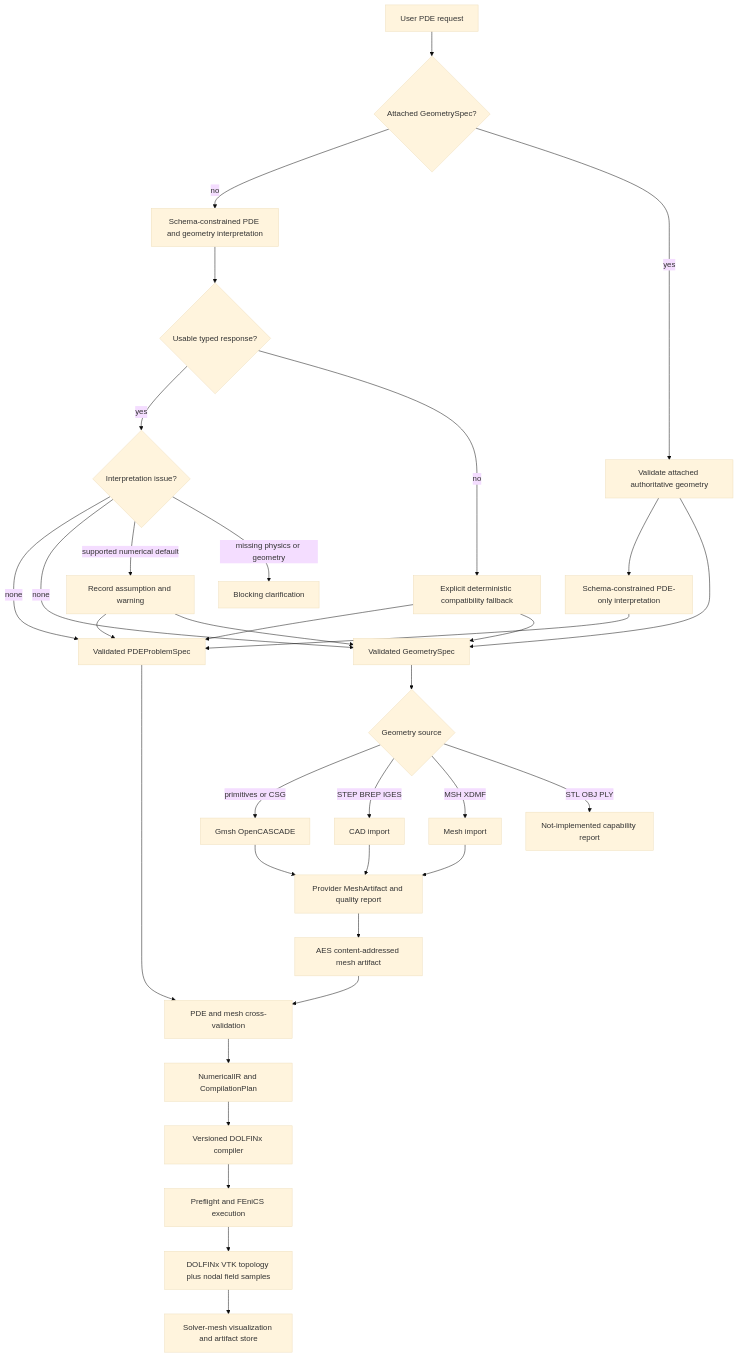
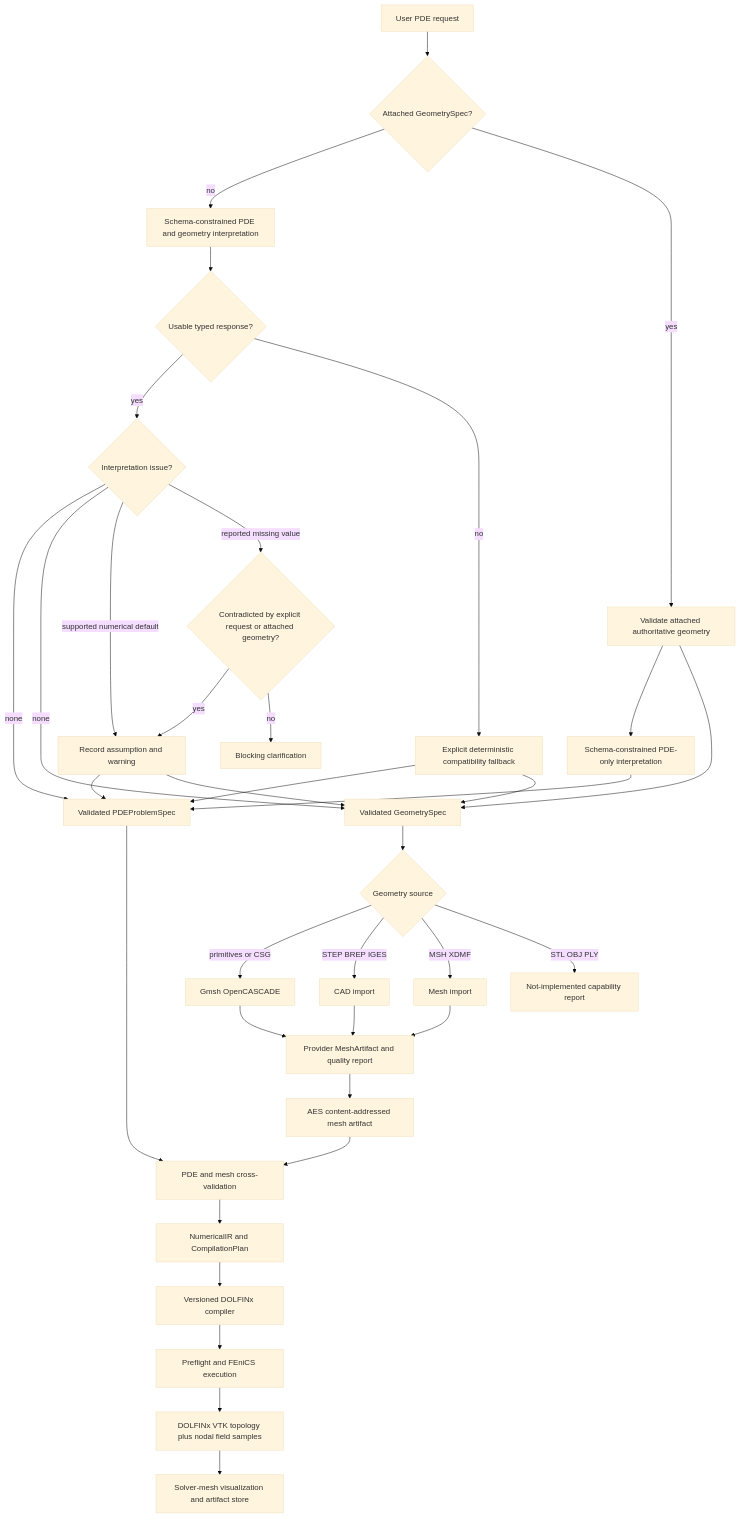
The tenth of 12 diagrams in docs/architecture.md (RadmirG/AES), drawn with Mermaid (base theme) before and after one commit. The commit also changed other lines of this file and 8 other files, not shown here.

````diff
--- a/docs/architecture.md
+++ b/docs/architecture.md
@@ -294,36 +315,38 @@
 ```mermaid
 flowchart TD
     A["User PDE request"] --> AB{"Attached GeometrySpec?"}
     AB -->|no| B["Schema-constrained PDE and geometry interpretation"]
     AB -->|yes| AG["Validate attached authoritative geometry"]
     AG --> AP["Schema-constrained PDE-only interpretation"]
     AP --> C
     AG --> D
     B --> BI{"Usable typed response?"}
     BI -->|yes| BA{"Interpretation issue?"}
     BA -->|none| C["Validated PDEProblemSpec"]
     BA -->|none| D["Validated GeometrySpec"]
     BA -->|supported numerical default| BW["Record assumption and warning"]
+    BA -->|reported missing value| BE{"Contradicted by explicit request or attached geometry?"}
+    BE -->|yes| BW
+    BE -->|no| BC["Blocking clarification"]
     BW --> C
     BW --> D
-    BA -->|missing physics or geometry| BC["Blocking clarification"]
     BI -->|no| BF["Explicit deterministic compatibility fallback"]
     BF --> C
     BF --> D
     D --> E{"Geometry source"}
     E -->|primitives or CSG| F["Gmsh OpenCASCADE"]
     E -->|STEP BREP IGES| G["CAD import"]
     E -->|MSH XDMF| H["Mesh import"]
     E -->|STL OBJ PLY| I["Not-implemented capability report"]
     F --> J["Provider MeshArtifact and quality report"]
     G --> J
     H --> J
     J --> JA["AES content-addressed mesh artifact"]
     C --> K["PDE and mesh cross-validation"]
     JA --> K
     K --> L["NumericalIR and CompilationPlan"]
     L --> M["Versioned DOLFINx compiler"]
     M --> N["Preflight and FEniCS execution"]
     N --> NA["DOLFINx VTK topology plus nodal field samples"]
     NA --> O["Solver-mesh visualization and artifact store"]
 ```
````
